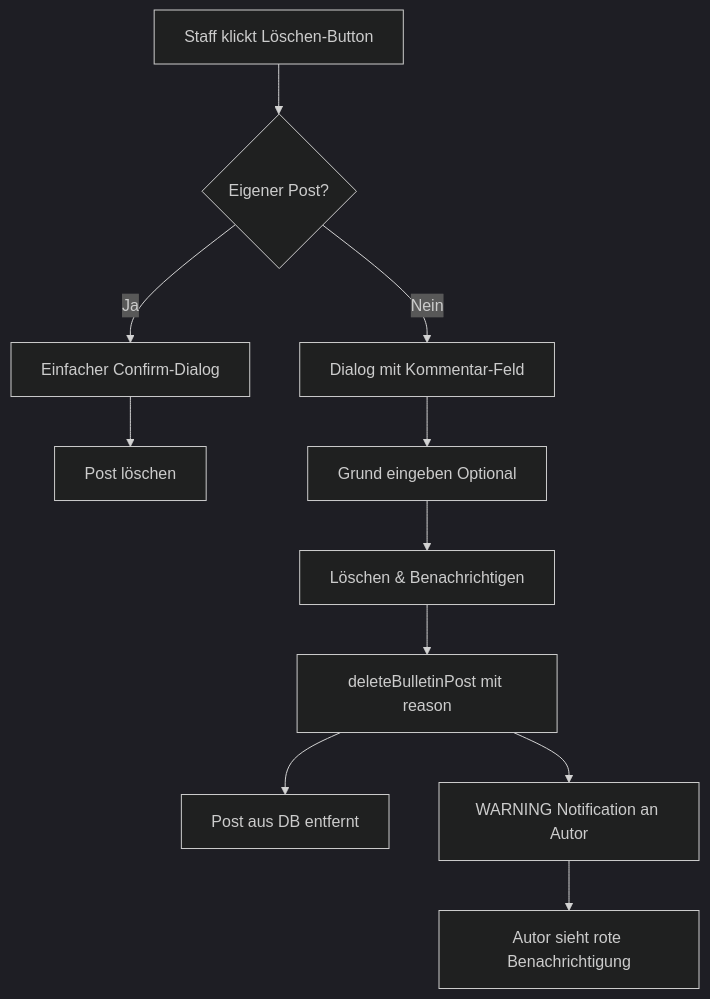
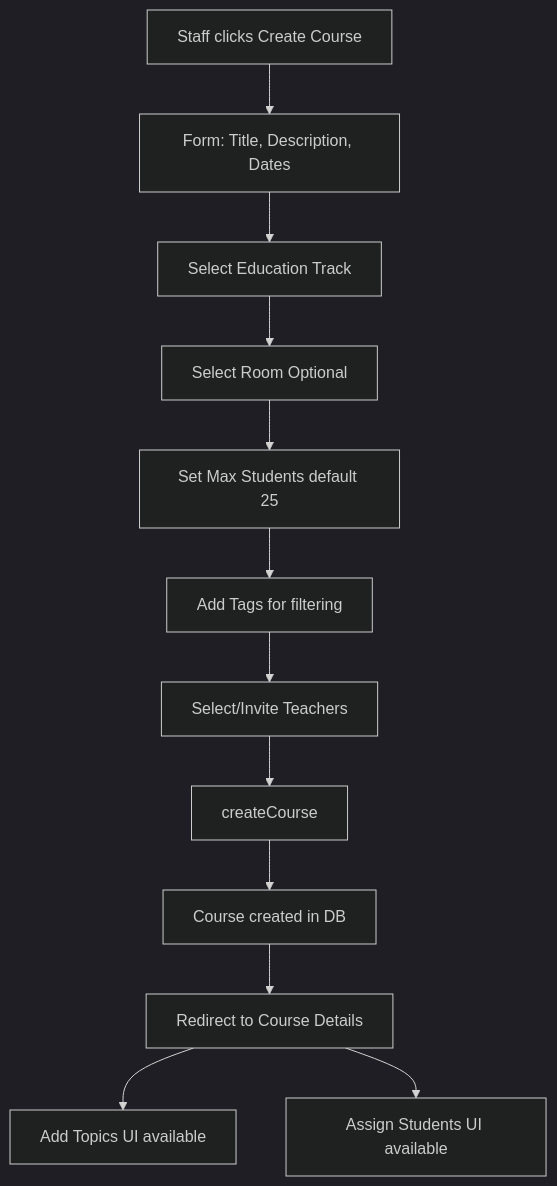
Before and after one commit to LemenAid/Schul-Portal-Demo: the third of 3 diagrams in DOCUMENTATION_DE.md, drawn with Mermaid (dark theme). The commit also changed other lines of this file, not shown here.

````diff
--- a/DOCUMENTATION_DE.md
+++ b/DOCUMENTATION_DE.md
@@ -146,13 +189,14 @@
 ```mermaid
 graph TD
-    A[Staff klickt Löschen-Button] --> B{Eigener Post?}
-    B -->|Ja| C[Einfacher Confirm-Dialog]
-    B -->|Nein| D[Dialog mit Kommentar-Feld]
-    C --> E[Post löschen]
-    D --> F[Grund eingeben Optional]
-    F --> G[Löschen & Benachrichtigen]
-    G --> H[deleteBulletinPost mit reason]
-    H --> I[Post aus DB entfernt]
-    H --> J[WARNING Notification an Autor]
-    J --> K[Autor sieht rote Benachrichtigung]
+    A[Staff clicks Create Course] --> B[Form: Title, Description, Dates]
+    B --> C[Select Education Track]
+    C --> D[Select Room Optional]
+    D --> E[Set Max Students default 25]
+    E --> F[Add Tags for filtering]
+    F --> G[Select/Invite Teachers]
+    G --> H[createCourse]
+    H --> I[Course created in DB]
+    I --> J[Redirect to Course Details]
+    J --> K[Add Topics UI available]
+    J --> L[Assign Students UI available]
 ```
````
